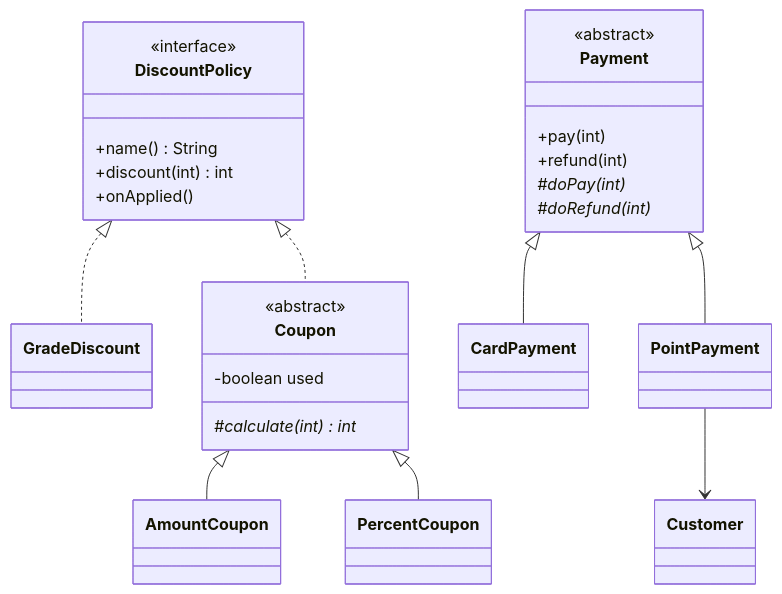
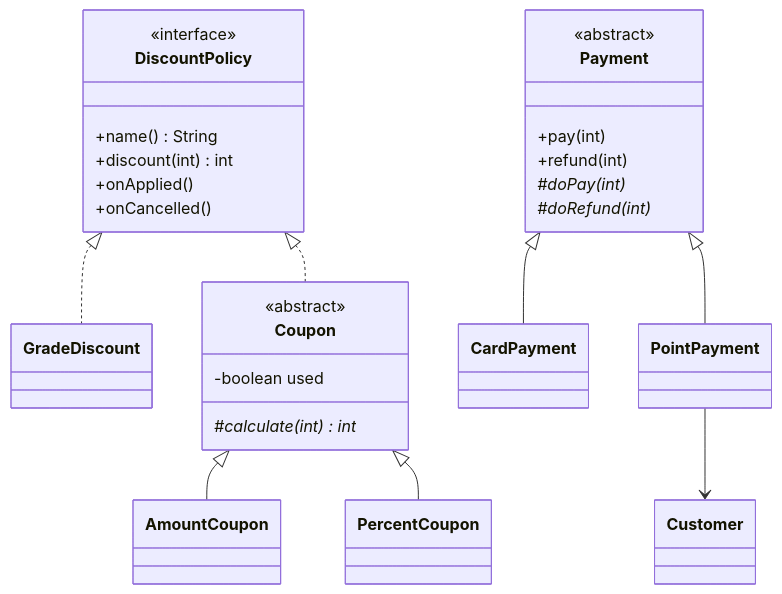
Before and after one commit to wjdrjsdn032607-creator/cafe-kiosk: the third of 4 diagrams in docs/class-diagram.md, drawn with Mermaid. The commit also changed 8 other files, not shown here.

````diff
--- a/docs/class-diagram.md
+++ b/docs/class-diagram.md
@@ -104,35 +104,36 @@
 ```mermaid
 classDiagram
     direction TB
     class DiscountPolicy {
         <<interface>>
         +name() String
         +discount(int) int
         +onApplied()
+        +onCancelled()
     }
     class GradeDiscount
     class Coupon {
         <<abstract>>
         -boolean used
         #calculate(int) int*
     }
     class AmountCoupon
     class PercentCoupon
     class Payment {
         <<abstract>>
         +pay(int)
         +refund(int)
         #doPay(int)*
         #doRefund(int)*
     }
     class CardPayment
     class PointPayment
 
     DiscountPolicy <|.. GradeDiscount
     DiscountPolicy <|.. Coupon
     Coupon <|-- AmountCoupon
     Coupon <|-- PercentCoupon
     Payment <|-- CardPayment
     Payment <|-- PointPayment
     PointPayment --> Customer
 ```
````
